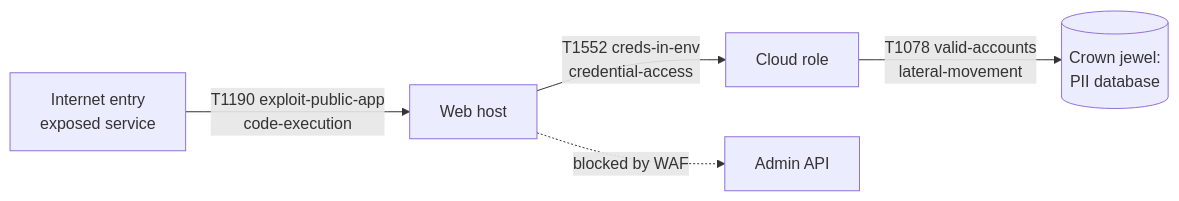
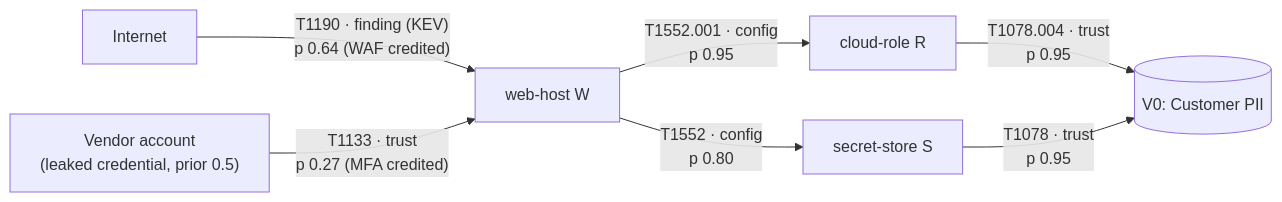
The second of 3 diagrams in docs/PLAN.md (Daily-lesson/EASM_RED), drawn with Mermaid before and after one commit. The commit also changed other lines of this file and 12 other files, not shown here.

````diff
--- a/docs/PLAN.md
+++ b/docs/PLAN.md
@@ -200,7 +233,9 @@
 ```mermaid
 graph LR
-  I["Internet entry<br/>exposed service"] -- "T1190 exploit-public-app<br/>code-execution" --> W["Web host"]
-  W -- "T1552 creds-in-env<br/>credential-access" --> R["Cloud role"]
-  R -- "T1078 valid-accounts<br/>lateral-movement" --> DB[("Crown jewel:<br/>PII database")]
-  W -. "blocked by WAF" .-> X["Admin API"]
+  I["Internet"] -- "T1190 · finding (KEV)<br/>p 0.64 (WAF credited)" --> W["web-host W"]
+  V["Vendor account<br/>(leaked credential, prior 0.5)"] -- "T1133 · trust<br/>p 0.27 (MFA credited)" --> W
+  W -- "T1552.001 · config<br/>p 0.95" --> R["cloud-role R"]
+  W -- "T1552 · config<br/>p 0.80" --> S["secret-store S"]
+  R -- "T1078.004 · trust<br/>p 0.95" --> DB[("V0: Customer PII")]
+  S -- "T1078 · trust<br/>p 0.95" --> DB
 ```
````
